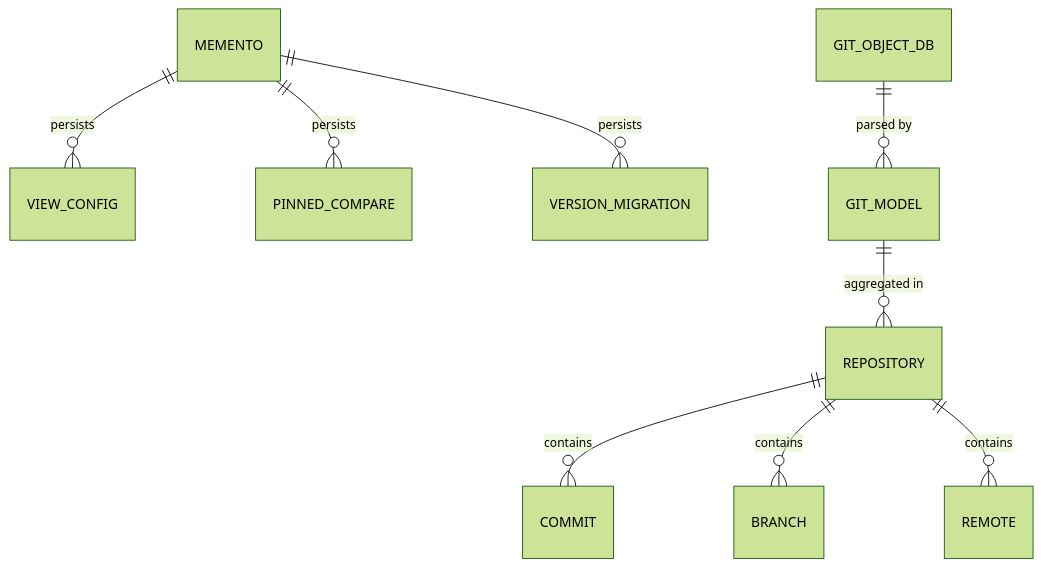
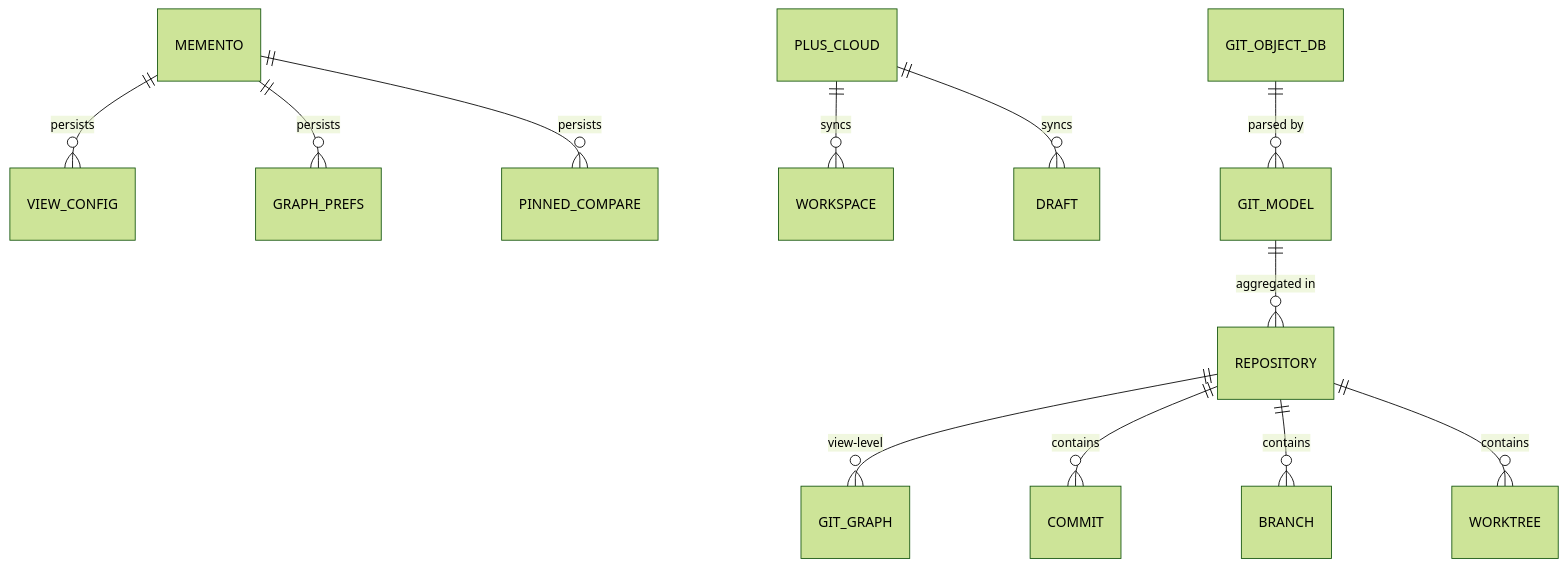
Before and after one commit to PirsLee/documents: the sixth of 10 diagrams in domain/software_analysis/vscode_gitlens.analysis.md, drawn with Mermaid (forest theme). The commit also changed other lines of this file, not shown here.

````diff
--- a/domain/software_analysis/vscode_gitlens.analysis.md
+++ b/domain/software_analysis/vscode_gitlens.analysis.md
@@ -339,11 +412,14 @@
 ```mermaid
 erDiagram
     MEMENTO ||--o{ VIEW_CONFIG : "persists"
+    MEMENTO ||--o{ GRAPH_PREFS : "persists"
     MEMENTO ||--o{ PINNED_COMPARE : "persists"
-    MEMENTO ||--o{ VERSION_MIGRATION : "persists"
+    PLUS_CLOUD ||--o{ WORKSPACE : "syncs"
+    PLUS_CLOUD ||--o{ DRAFT : "syncs"
     GIT_OBJECT_DB ||--o{ GIT_MODEL : "parsed by"
     GIT_MODEL ||--o{ REPOSITORY : "aggregated in"
+    REPOSITORY ||--o{ GIT_GRAPH : "view-level"
     REPOSITORY ||--o{ COMMIT : "contains"
     REPOSITORY ||--o{ BRANCH : "contains"
-    REPOSITORY ||--o{ REMOTE : "contains"
+    REPOSITORY ||--o{ WORKTREE : "contains"
 ```
````
